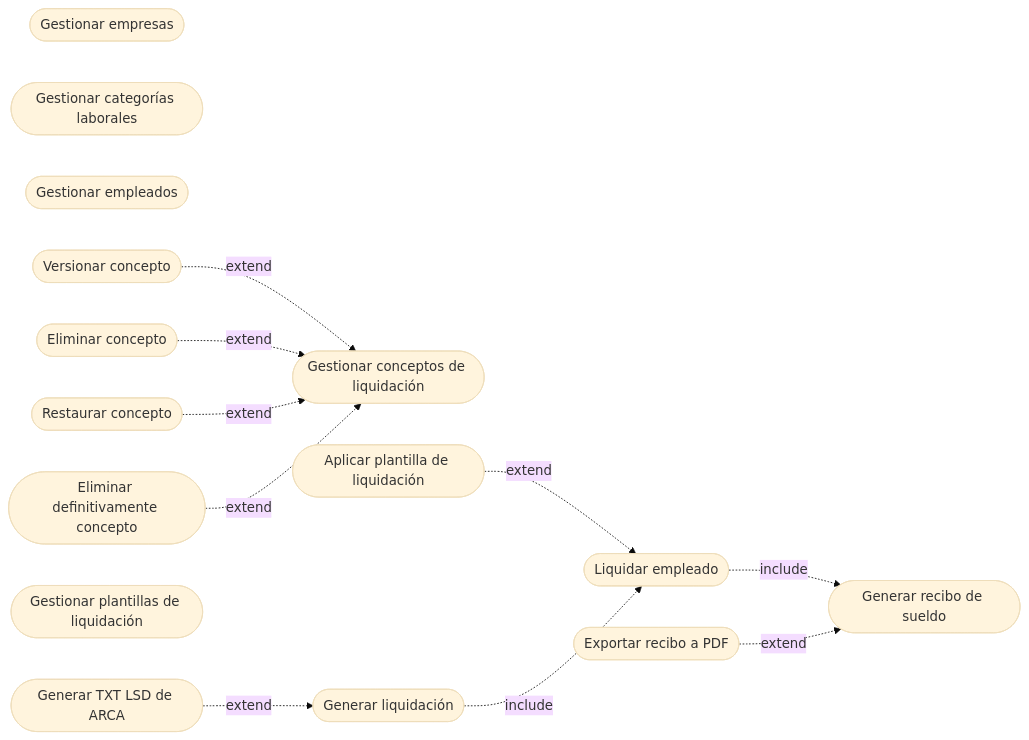
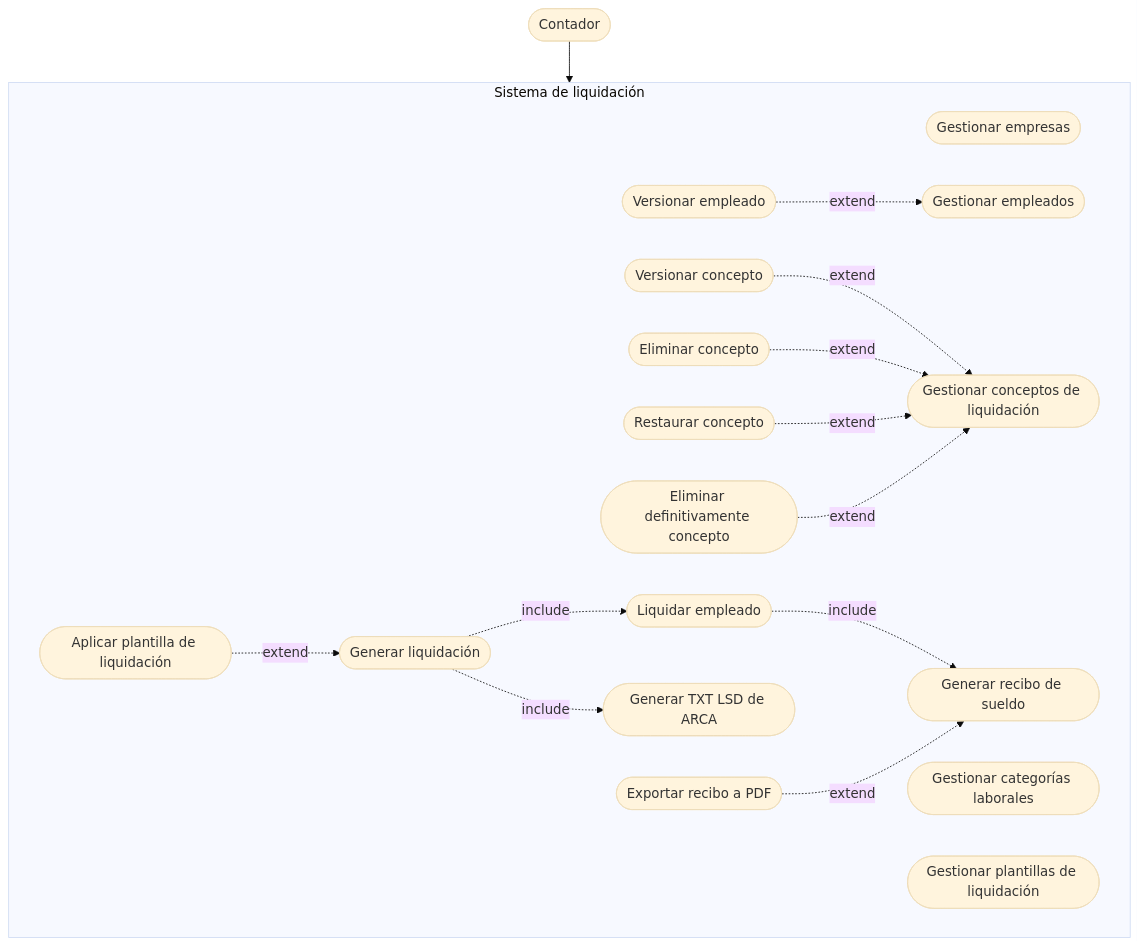
One commit to IgnacioAusili/ms_contable changed the diagram in docs/casos_de_uso/00_modelo_uml.md. Above: the diagram before and after it, drawn with Mermaid (base theme). The commit also changed 25 other files, not shown here.

````diff
--- a/docs/casos_de_uso/00_modelo_uml.md
+++ b/docs/casos_de_uso/00_modelo_uml.md
@@ -3,36 +3,46 @@
 ```mermaid
-flowchart LR
-    Gestionar_Empresa([Gestionar empresas])
-    Gestionar_Categoria_Laboral([Gestionar categorías laborales])
-    Gestionar_Empleado([Gestionar empleados])
+flowchart TB
+    Actor([Contador])
 
-    Gestionar_Concepto([Gestionar conceptos de liquidación])
-    Versionar_Concepto([Versionar concepto])
-    Eliminar_Concepto([Eliminar concepto])
-    Restaurar_Concepto([Restaurar concepto])
-    Eliminar_Definitivamente([Eliminar definitivamente concepto])
+    subgraph Sistema["Sistema de liquidación"]
 
-    Gestionar_Plantilla([Gestionar plantillas de liquidación])
-    Aplicar_Plantilla([Aplicar plantilla de liquidación])
+        Gestionar_Empresa([Gestionar empresas])
+        Gestionar_Categoria_Laboral([Gestionar categorías laborales])
 
-    Generar_Liquidacion([Generar liquidación])
-    Liquidar_Empleado([Liquidar empleado])
+        Gestionar_Empleado([Gestionar empleados])
+        Versionar_Empleado([Versionar empleado])
 
-    Generar_Recibo([Generar recibo de sueldo])
-    Exportar_PDF([Exportar recibo a PDF])
-    Generar_TXT([Generar TXT LSD de ARCA])
+        Gestionar_Concepto([Gestionar conceptos de liquidación])
+        Versionar_Concepto([Versionar concepto])
+        Eliminar_Concepto([Eliminar concepto])
+        Restaurar_Concepto([Restaurar concepto])
+        Eliminar_Definitivamente([Eliminar definitivamente concepto])
 
-    Versionar_Concepto -.->|extend| Gestionar_Concepto
-    Eliminar_Concepto -.->|extend| Gestionar_Concepto
+        Gestionar_Plantilla([Gestionar plantillas de liquidación])
+        Aplicar_Plantilla([Aplicar plantilla de liquidación])
 
-    Restaurar_Concepto -.->|extend| Gestionar_Concepto
-    Eliminar_Definitivamente -.->|extend| Gestionar_Concepto
+        Generar_Liquidacion([Generar liquidación])
+        Liquidar_Empleado([Liquidar empleado])
 
-    Aplicar_Plantilla -.->|extend| Liquidar_Empleado
+        Generar_Recibo([Generar recibo de sueldo])
+        Exportar_PDF([Exportar recibo a PDF])
+        Generar_TXT([Generar TXT LSD de ARCA])
 
-    Generar_Liquidacion -.->|include| Liquidar_Empleado
-    Liquidar_Empleado -.->|include| Generar_Recibo
+        Versionar_Empleado -.->|extend| Gestionar_Empleado
 
-    Generar_TXT -.->|extend| Generar_Liquidacion
-    Exportar_PDF -.->|extend| Generar_Recibo
+        Versionar_Concepto -.->|extend| Gestionar_Concepto
+        Eliminar_Concepto -.->|extend| Gestionar_Concepto
+        Restaurar_Concepto -.->|extend| Gestionar_Concepto
+        Eliminar_Definitivamente -.->|extend| Gestionar_Concepto
+
+        Aplicar_Plantilla -.->|extend| Generar_Liquidacion
+
+        Generar_Liquidacion -.->|include| Liquidar_Empleado
+        Liquidar_Empleado -.->|include| Generar_Recibo
+
+        Generar_Liquidacion -.->|include| Generar_TXT
+        Exportar_PDF -.->|extend| Generar_Recibo
+    end
+
+    Actor --> Sistema
 ```
````
